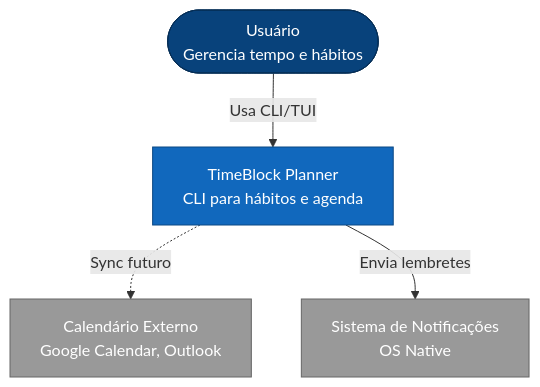
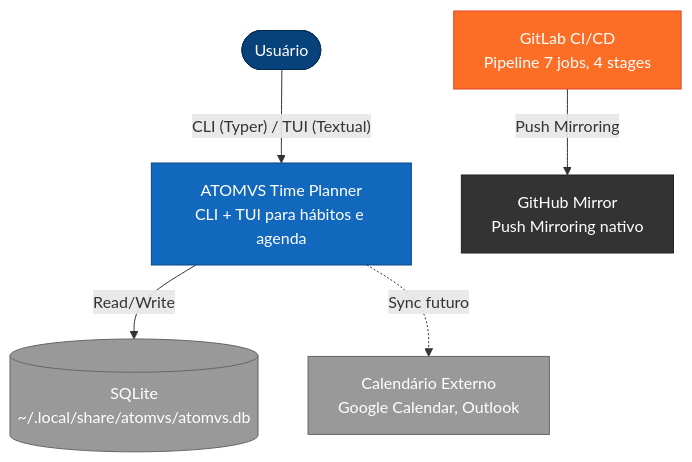
The diagram in docs/diagrams/c4-model/L1-system-context.md (fabiodelllima/atomvs-timeblock-terminal), drawn with Mermaid before and after one commit. The commit also changed other lines of this file and 1 other file, not shown here.

Commit message:
docs(diagrams): Atualiza L1 system context com infra atual

````diff
--- a/docs/diagrams/c4-model/L1-system-context.md
+++ b/docs/diagrams/c4-model/L1-system-context.md
@@ -3,18 +6,23 @@
 ```mermaid
 graph TB
-    User([Usuário<br/>Gerencia tempo e hábitos])
+    User([Usuário])
 
-    TimeBlock[TimeBlock Planner<br/>CLI para hábitos e agenda]
+    ATOMVS["ATOMVS Time Planner<br/>CLI + TUI para hábitos e agenda"]
 
+    GitLab[GitLab CI/CD<br/>Pipeline 7 jobs, 4 stages]
+    GitHub[GitHub Mirror<br/>Push Mirroring nativo]
     Calendar[Calendário Externo<br/>Google Calendar, Outlook]
-    Notification[Sistema de Notificações<br/>OS Native]
+    DB[(SQLite<br/>~/.local/share/atomvs/atomvs.db)]
 
-    User -->|Usa CLI/TUI| TimeBlock
-    TimeBlock -.->|Sync futuro| Calendar
-    TimeBlock -->|Envia lembretes| Notification
+    User -->|"CLI (Typer) / TUI (Textual)"| ATOMVS
+    ATOMVS -->|Read/Write| DB
+    GitLab -->|Push Mirroring| GitHub
+    ATOMVS -.->|Sync futuro| Calendar
 
-    style TimeBlock fill:#1168bd,stroke:#0b4884,color:#fff
+    style ATOMVS fill:#1168bd,stroke:#0b4884,color:#fff
+    style GitLab fill:#fc6d26,stroke:#e24329,color:#fff
+    style GitHub fill:#333,stroke:#222,color:#fff
     style Calendar fill:#999,stroke:#666,color:#fff
-    style Notification fill:#999,stroke:#666,color:#fff
+    style DB fill:#999,stroke:#666,color:#fff
     style User fill:#08427b,stroke:#052e56,color:#fff
 ```
````
